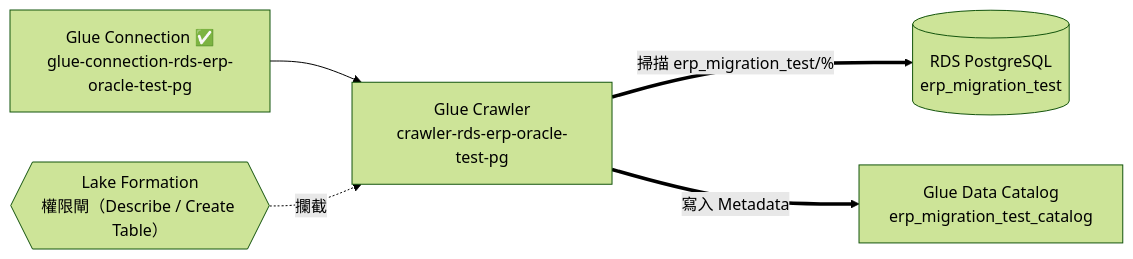
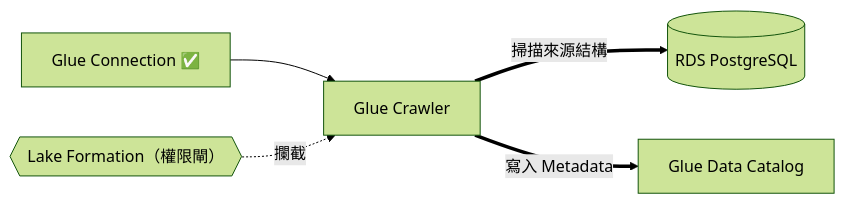
Before and after one commit to Jiaye-DF/data-center-etl: the sixth of 10 diagrams in docs/Arch/aws-to-local-infra-arch.md, drawn with Mermaid (forest theme). The commit also changed other lines of this file and 1 other file, not shown here.

Commit message:
(AI) Docs: 架構圖分頁重整為 14 節(拆 VPC Endpoint / Phase 2 排程 / 名詞解說)並使 md 與 HTML 章節對齊

````diff
--- a/docs/Arch/aws-to-local-infra-arch.md
+++ b/docs/Arch/aws-to-local-infra-arch.md
@@ -575,13 +397,13 @@
 ```mermaid
 flowchart LR
-  CONN["Glue Connection ✅<br/>glue-connection-rds-erp-oracle-test-pg"]
-  CRAWLER["Glue Crawler<br/>crawler-rds-erp-oracle-test-pg"]
-  RDS[("RDS PostgreSQL<br/>erp_migration_test")]
-  CAT["Glue Data Catalog<br/>erp_migration_test_catalog"]
-  LF{{"Lake Formation<br/>權限閘（Describe / Create Table）"}}
+  CONN["Glue Connection ✅"]
+  CRAWLER["Glue Crawler"]
+  RDS[("RDS PostgreSQL")]
+  CAT["Glue Data Catalog"]
+  LF{{"Lake Formation（權限閘）"}}
 
   CONN --> CRAWLER
-  CRAWLER == "掃描 erp_migration_test/%" ==> RDS
+  CRAWLER == "掃描來源結構" ==> RDS
   CRAWLER == "寫入 Metadata" ==> CAT
   LF -. 攔截 .-> CRAWLER
 ```
````
